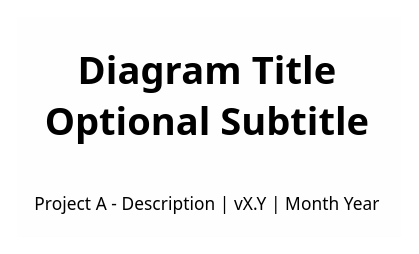
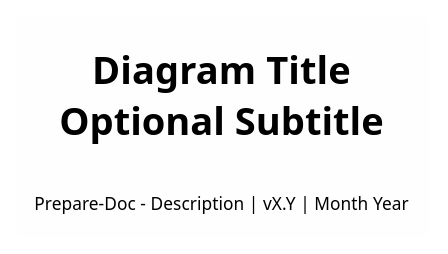
One commit to williaby/image-preprocessing-detector changed the first of 24 diagrams in docs/architecture/diagrams/STYLE_GUIDE.md. Above: the diagram before and after it, drawn with PlantUML. The commit also changed other lines of this file and 212 other files, not shown here.

````diff
--- a/docs/architecture/diagrams/STYLE_GUIDE.md
+++ b/docs/architecture/diagrams/STYLE_GUIDE.md
@@ -18,10 +18,10 @@
 ```plantuml
 @startuml Diagram_Name_No_Spaces
 !theme plain
 skinparam backgroundColor #FEFEFE
 skinparam packageStyle rectangle
 skinparam componentStyle rectangle
 
 title Diagram Title\nOptional Subtitle
-footer Project A - Description | vX.Y | Month Year
+footer Prepare-Doc - Description | vX.Y | Month Year
 ```
````
